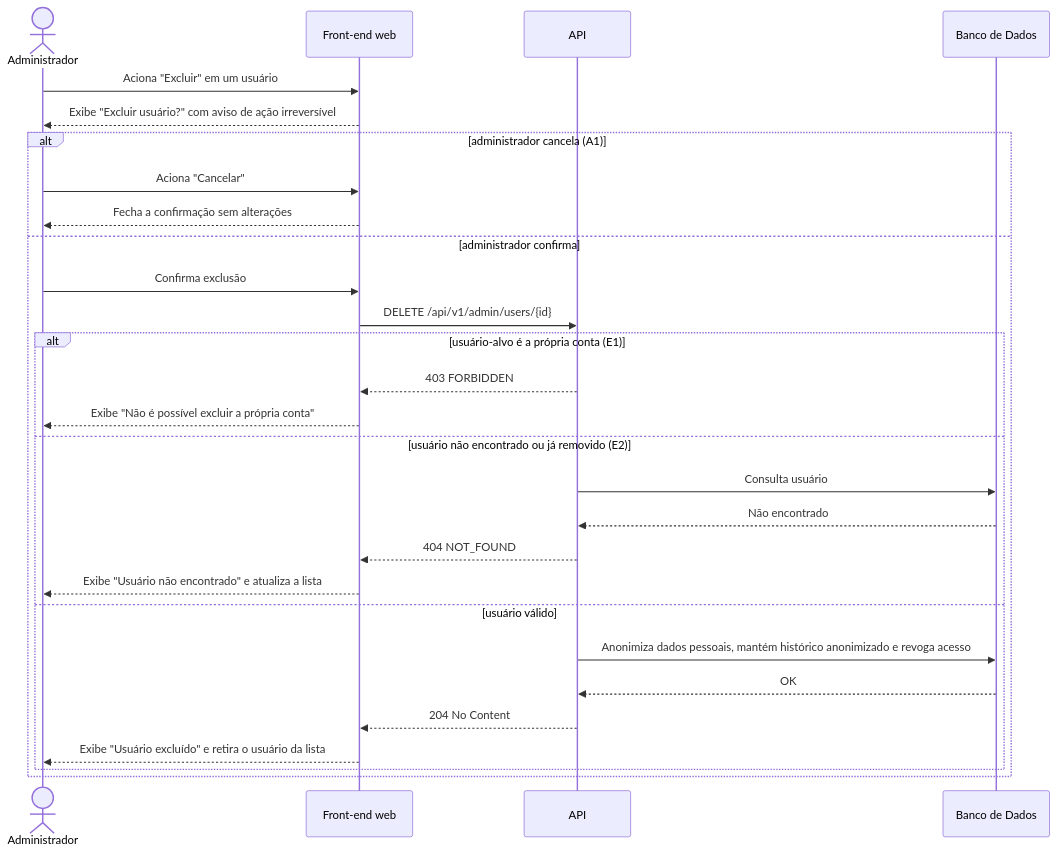
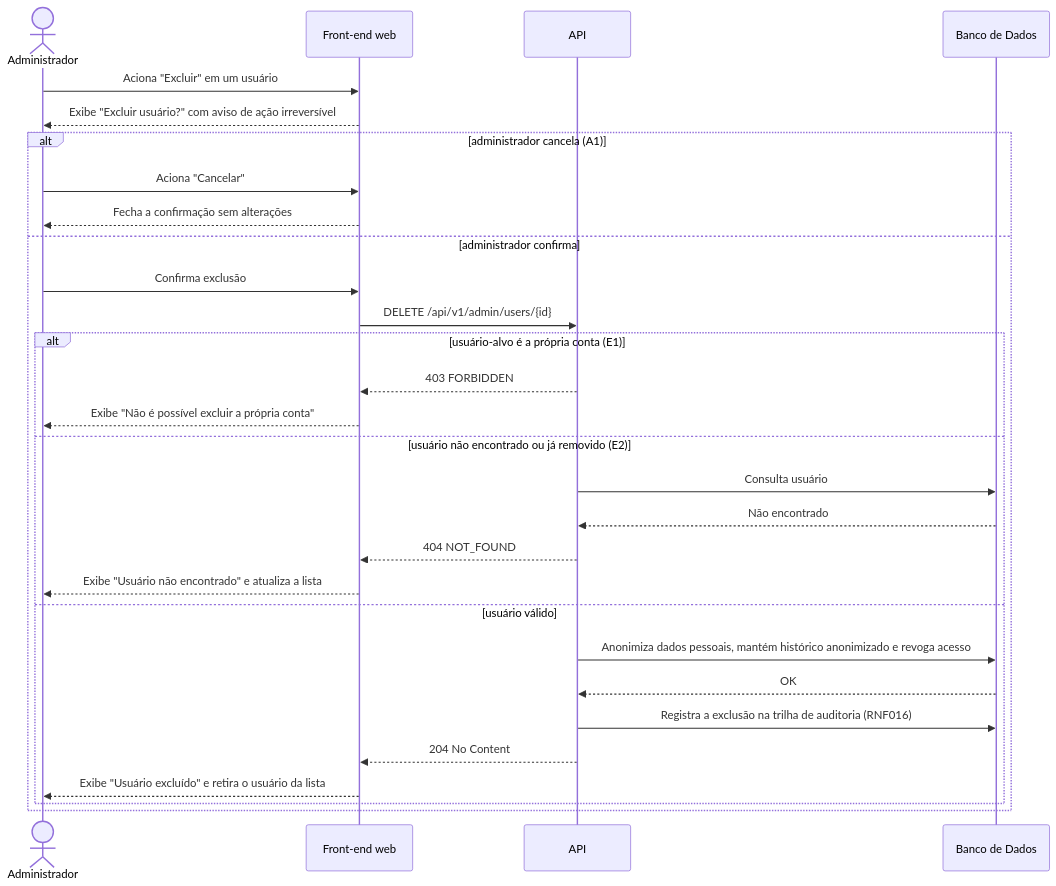
Before and after one commit to Plataforma-de-Cursos-TCC/plataforma-cursos-docs: the diagram in docs/ssd/UC018-excluir-e-anonimizar-usuario.md, drawn with Mermaid. The commit also changed 25 other files, not shown here.

````diff
--- a/docs/ssd/UC018-excluir-e-anonimizar-usuario.md
+++ b/docs/ssd/UC018-excluir-e-anonimizar-usuario.md
@@ -5,31 +5,32 @@
 ```mermaid
 sequenceDiagram
     actor Administrador
     participant FE as Front-end web
     participant API
     participant DB as Banco de Dados
 
     Administrador->>FE: Aciona "Excluir" em um usuário
     FE-->>Administrador: Exibe "Excluir usuário?" com aviso de ação irreversível
     alt administrador cancela (A1)
         Administrador->>FE: Aciona "Cancelar"
         FE-->>Administrador: Fecha a confirmação sem alterações
     else administrador confirma
         Administrador->>FE: Confirma exclusão
         FE->>API: DELETE /api/v1/admin/users/{id}
         alt usuário-alvo é a própria conta (E1)
             API-->>FE: 403 FORBIDDEN
             FE-->>Administrador: Exibe "Não é possível excluir a própria conta"
         else usuário não encontrado ou já removido (E2)
             API->>DB: Consulta usuário
             DB-->>API: Não encontrado
             API-->>FE: 404 NOT_FOUND
             FE-->>Administrador: Exibe "Usuário não encontrado" e atualiza a lista
         else usuário válido
             API->>DB: Anonimiza dados pessoais, mantém histórico anonimizado e revoga acesso
             DB-->>API: OK
+            API->>DB: Registra a exclusão na trilha de auditoria (RNF016)
             API-->>FE: 204 No Content
             FE-->>Administrador: Exibe "Usuário excluído" e retira o usuário da lista
         end
     end
 ```
````
